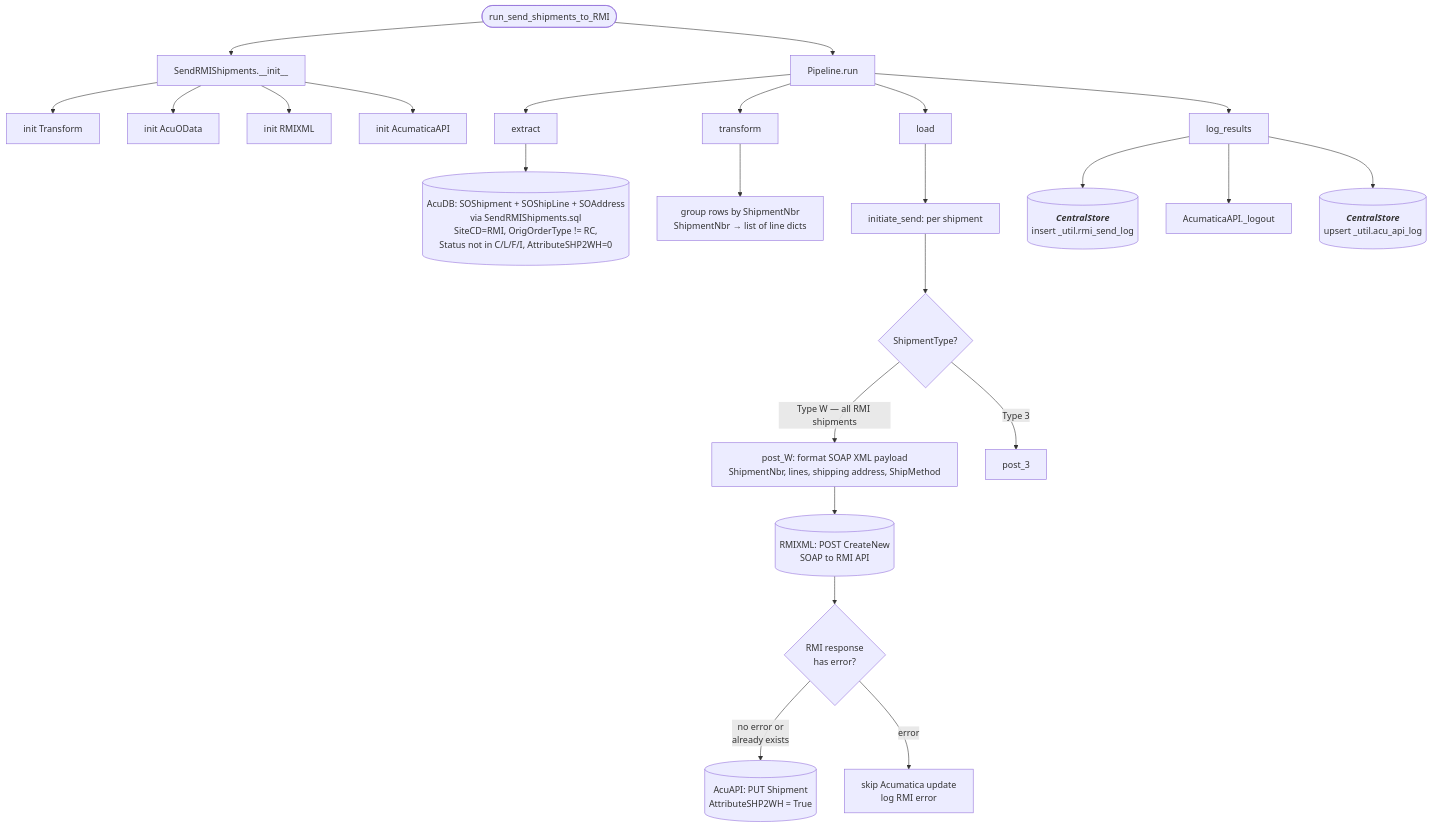
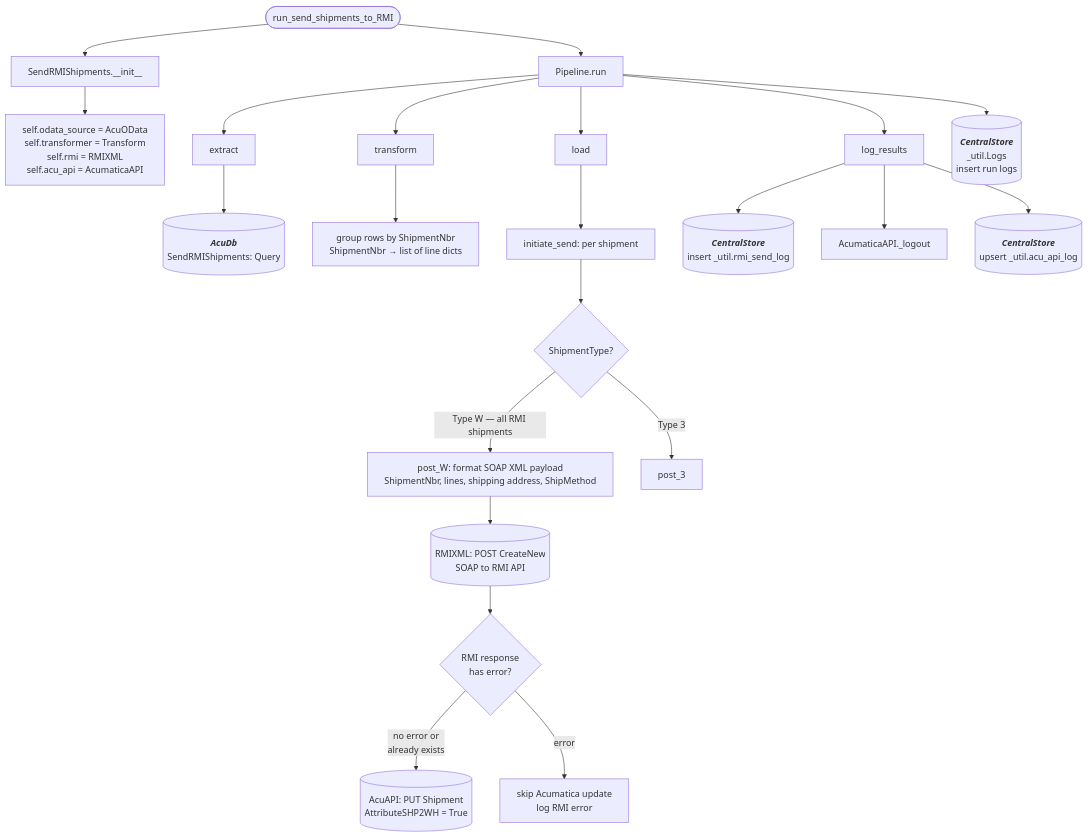
The diagram in docs/pipelines/rmi_send_shipments.md (journeyhl/integration-platform), drawn with Mermaid before and after one commit. The commit also changed 25 other files, not shown here.

````diff
--- a/docs/pipelines/rmi_send_shipments.md
+++ b/docs/pipelines/rmi_send_shipments.md
@@ -1,36 +1,45 @@
 ```mermaid
 %%{init: {"flowchart": {"wrappingWidth": 400}}}%%
 flowchart TD
     A([run_send_shipments_to_RMI]) --> B[SendRMIShipments.__init__]
-    B --> B1[init Transform]
-    B --> B2[init AcuOData]
-    B --> B3[init RMIXML]
-    B --> B4[init AcumaticaAPI]
+    B --> B1[
+        self.odata_source = AcuOData
+        self.transformer = Transform
+        self.rmi = RMIXML
+        self.acu_api = AcumaticaAPI
+    ]
     A --> RUN[Pipeline.run]
 
     RUN --> EX[extract]
-    EX --> D1[(AcuDB: SOShipment + SOShipLine + SOAddress<br/>via SendRMIShipments.sql<br/>SiteCD=RMI, OrigOrderType != RC,<br/>Status not in C/L/F/I, AttributeSHP2WH=0)]
+    EX --> D1[(
+        <b><i>AcuDb</i></b>
+        SendRMIShipments: Query
+        )]
 
     RUN --> TR[transform]
     TR --> T1[group rows by ShipmentNbr<br/>ShipmentNbr → list of line dicts]
 
     RUN --> LD[load]
     LD --> LD1[initiate_send: per shipment]
     LD1 --> LD2{ShipmentType?}
     LD2 -->|Type W — all RMI shipments| LD3[post_W: format SOAP XML payload<br/>ShipmentNbr, lines, shipping address, ShipMethod]
     LD2 -->|Type 3| LD4[post_3]
     LD3 --> RS1[(RMIXML: POST CreateNew<br/>SOAP to RMI API)]
     RS1 --> LD5{RMI response<br/>has error?}
     LD5 -->|no error or<br/>already exists| LD6[(AcuAPI: PUT Shipment<br/>AttributeSHP2WH = True)]
     LD5 -->|error| SKIP[skip Acumatica update<br/>log RMI error]
 
     RUN --> LR[log_results]
     LR --> LR1[(
         <b><i>CentralStore</i></b>
         insert _util.rmi_send_log
     )]
     LR --> LO[AcumaticaAPI._logout]
     LR --> UPS[(
         <b><i>CentralStore</i></b>
         upsert _util.acu_api_log)]
+    RUN --> LOGS[(
+        <b><i>CentralStore</i></b>
+        _util.Logs<br/>insert run logs
+    )]
 ```
````
